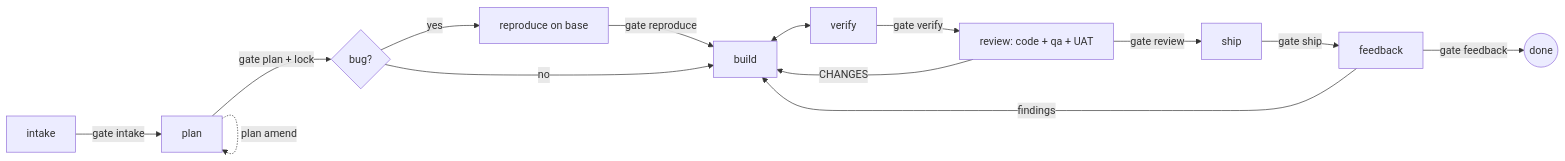
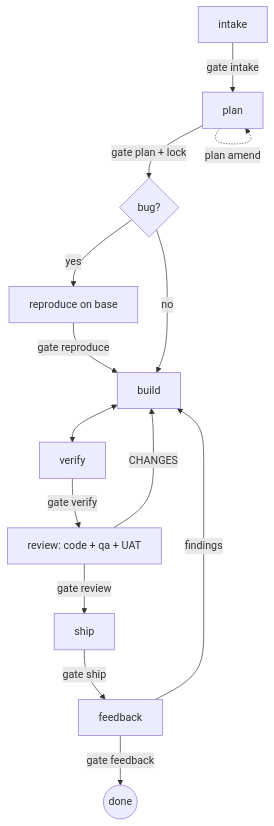
One commit to iwilldotdev/dev.factory changed the first of 2 diagrams in README.md. Above: the diagram before and after it, drawn with Mermaid.

Commit message:
Fix flowchart direction in README.md

````diff
--- a/README.md
+++ b/README.md
@@ -29,16 +29,16 @@
 ```mermaid
-flowchart LR
+flowchart TB
   I[intake] -->|gate intake| P[plan]
   P -->|gate plan + lock| R{bug?}
   R -- yes --> RE[reproduce on base]
   R -- no --> B
   RE -->|gate reproduce| B[build]
   B <--> V[verify]
   V -->|gate verify| RV[review: code + qa + UAT]
   RV -->|CHANGES| B
   RV -->|gate review| S[ship]
   S -->|gate ship| F[feedback]
   F -->|findings| B
   F -->|gate feedback| D((done))
   P -. plan amend .-> P
 ```
````
